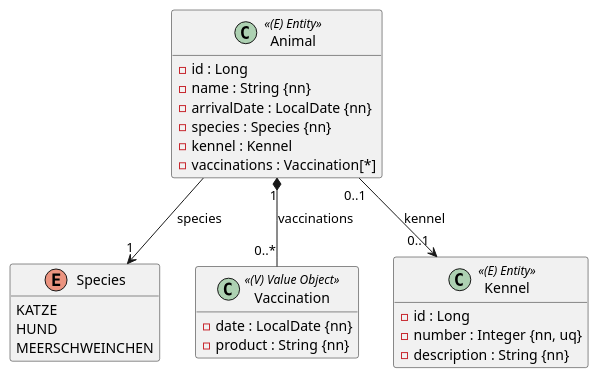
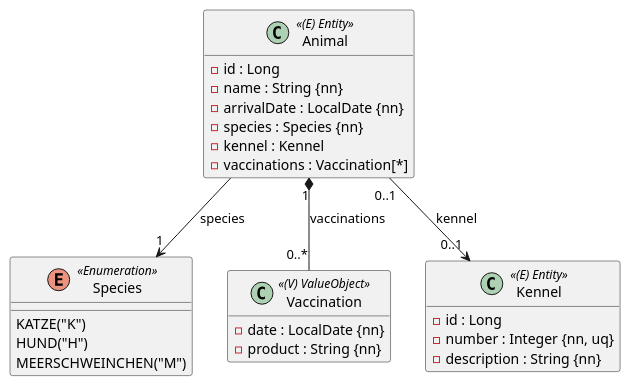
The diagram in src/content/pruefungen/exercises/02-tierheim.md (SJ2627-POS-Lernwerkstatt/SJ2627-POS-Lernwerkstatt.github.io), drawn with PlantUML before and after one commit. The commit also changed 1 other file, not shown here.

Commit message:
fix: exam UML 1-2 uses the JPA notation: ValueObject/RichType stereotypes, Species as <<Enumeration>> with codes

````diff
--- a/src/content/pruefungen/exercises/02-tierheim.md
+++ b/src/content/pruefungen/exercises/02-tierheim.md
@@ -39,35 +39,35 @@
 ```plantuml
 @startuml
 hide empty methods
 
-enum Species {
-  KATZE
-  HUND
-  MEERSCHWEINCHEN
+enum Species <<Enumeration>> {
+  KATZE("K")
+  HUND("H")
+  MEERSCHWEINCHEN("M")
 }
 
-class Vaccination <<(V) Value Object>> {
+class Vaccination <<(V) ValueObject>> {
   - date : LocalDate {nn}
   - product : String {nn}
 }
 
 class Kennel <<(E) Entity>> {
   - id : Long
   - number : Integer {nn, uq}
   - description : String {nn}
 }
 
 class Animal <<(E) Entity>> {
   - id : Long
   - name : String {nn}
   - arrivalDate : LocalDate {nn}
   - species : Species {nn}
   - kennel : Kennel
   - vaccinations : Vaccination[*]
 }
 
 Animal "0..1" --> "0..1" Kennel : kennel
 Animal "1" *-- "0..*" Vaccination : vaccinations
 Animal --> "1" Species : species
 @enduml
 ```
````
